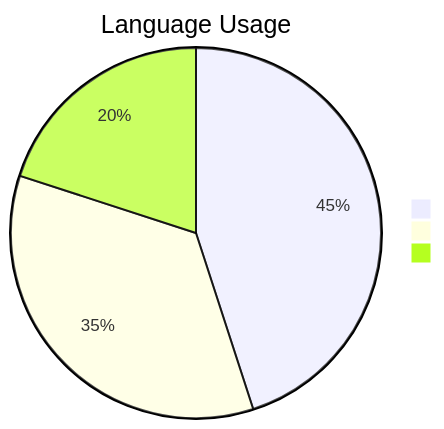
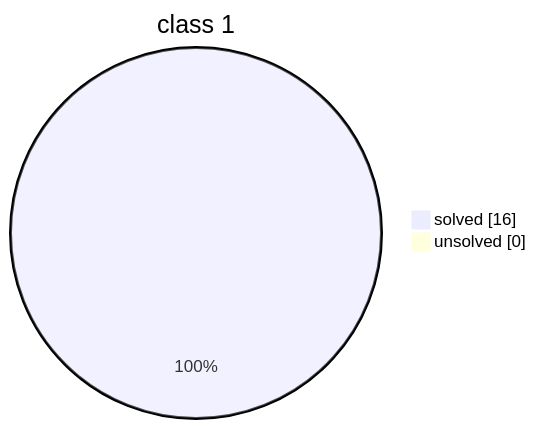
The first of 2 diagrams in _posts/2025-10-25-MERMAID-TEST.md (hoxymola/hoxymola.github.io), drawn with Mermaid before and after one commit. The commit also changed other lines of this file, not shown here.

```diff
--- a/_posts/2025-10-25-MERMAID-TEST.md
+++ b/_posts/2025-10-25-MERMAID-TEST.md
@@ -13,8 +13,7 @@
     <pre class="mermaid">
-%%{init: {"themeVariables": {"pieLegendTextSize": 0}, "themeCSS": ".pieCircle { transform: scale(0.8); transform-origin: center; }"}}%%
+%%{init: {"themeVariables": {"primaryColor": rgb(36, 156, 229); "secondaryColor": "#dddfe0"; "pieOuterStrokeWidth": 0'; "pieStrokeWidth": 0; "pieLegendTextSize": 0; "pieSectionTextSize": 0; "pieTitleTextSize": 0}, "themeCSS": ".pieCircle { transform: scale(0.4); transform-origin: center; }"}}%%
 pie showData
-    title Language Usage
-    "Kotlin": 45
-    "Java": 35
-    "Python": 20
+    title class 1
+    "solved": 16
+    "unsolved": 0
     </pre>
```
